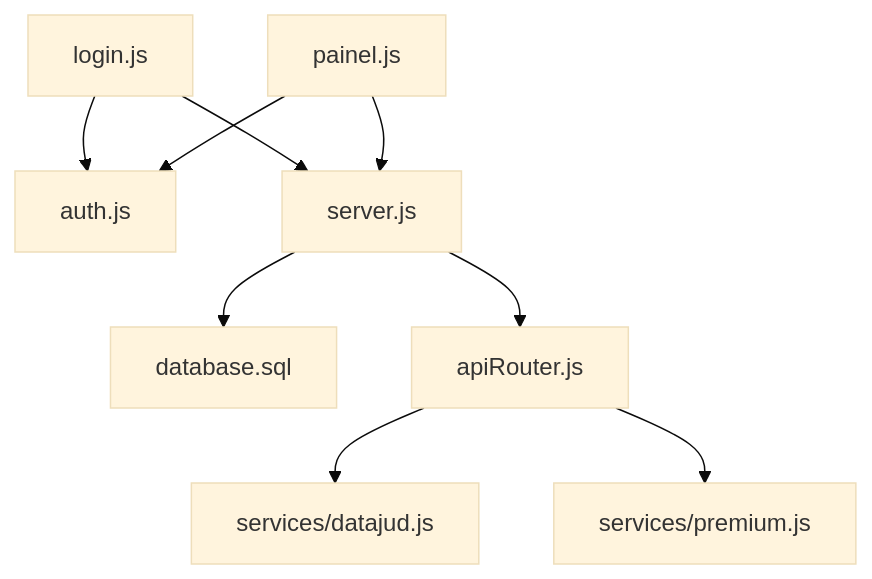
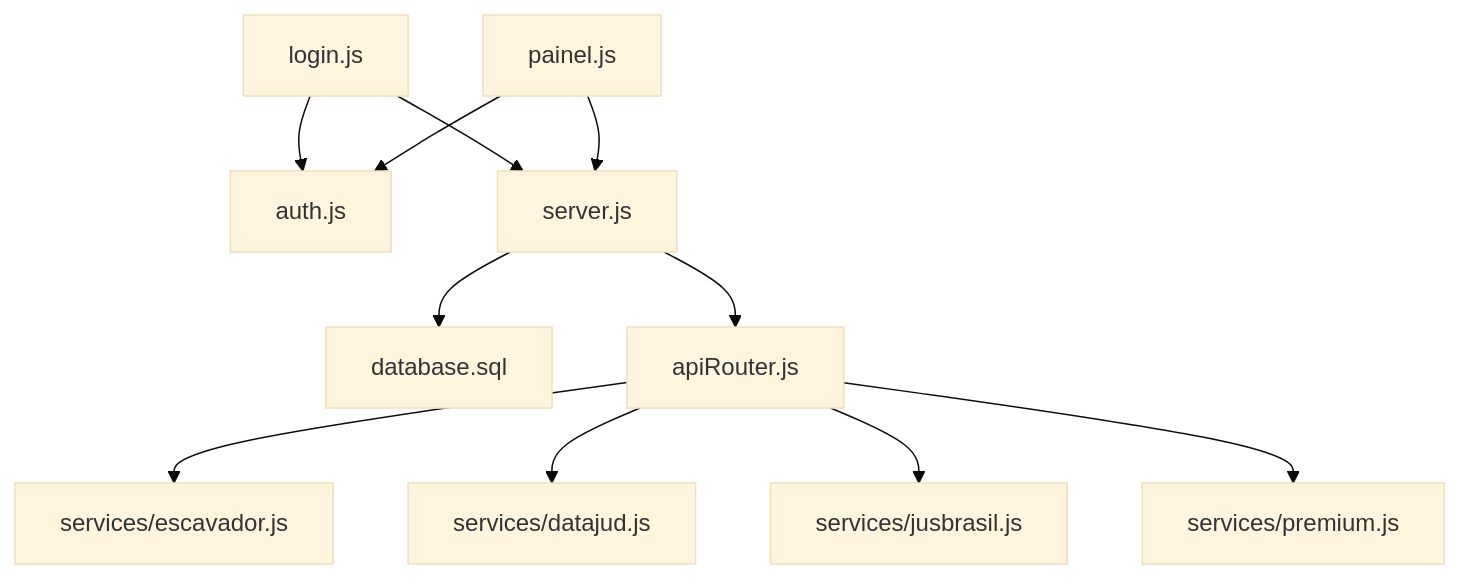
One commit to Alexandrexicara/bot-processos changed the eighth of 8 diagrams in .qoder/repowiki/en/content/Frontend Interface/Frontend Interface.md. Above: the diagram before and after it, drawn with Mermaid (base theme). The commit also changed other lines of this file and 10 other files, not shown here.

````diff
--- a/.qoder/repowiki/en/content/Frontend Interface/Frontend Interface.md
+++ b/.qoder/repowiki/en/content/Frontend Interface/Frontend Interface.md
@@ -415,11 +503,13 @@
 ```mermaid
 graph TB
 LJS["login.js"] --> AUTH["auth.js"]
 LJS --> SRV["server.js"]
 PJS["painel.js"] --> AUTH
 PJS --> SRV
 SRV --> DB["database.sql"]
 SRV --> APIR["apiRouter.js"]
+APIR --> ES["services/escavador.js"]
 APIR --> DJ["services/datajud.js"]
+APIR --> JB["services/jusbrasil.js"]
 APIR --> PR["services/premium.js"]
 ```
````
